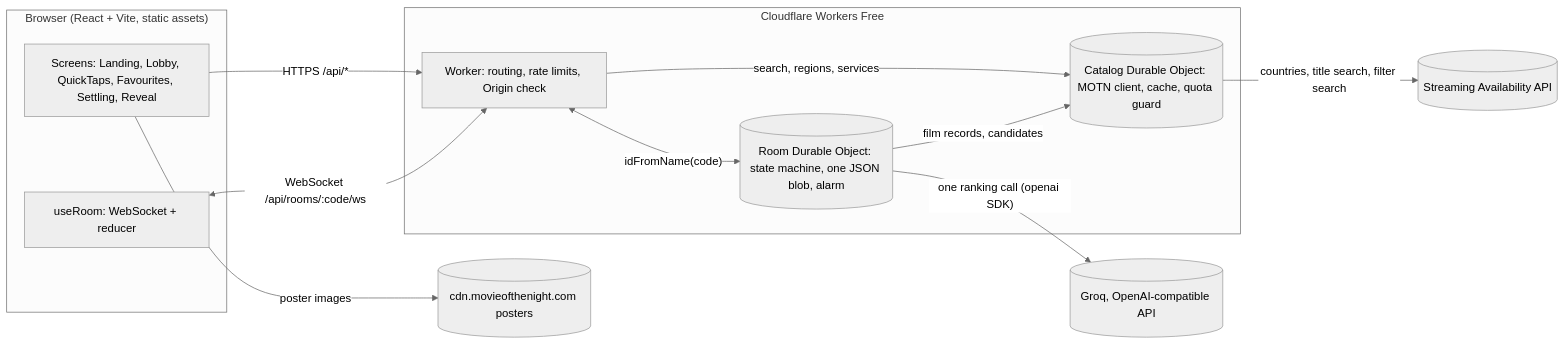
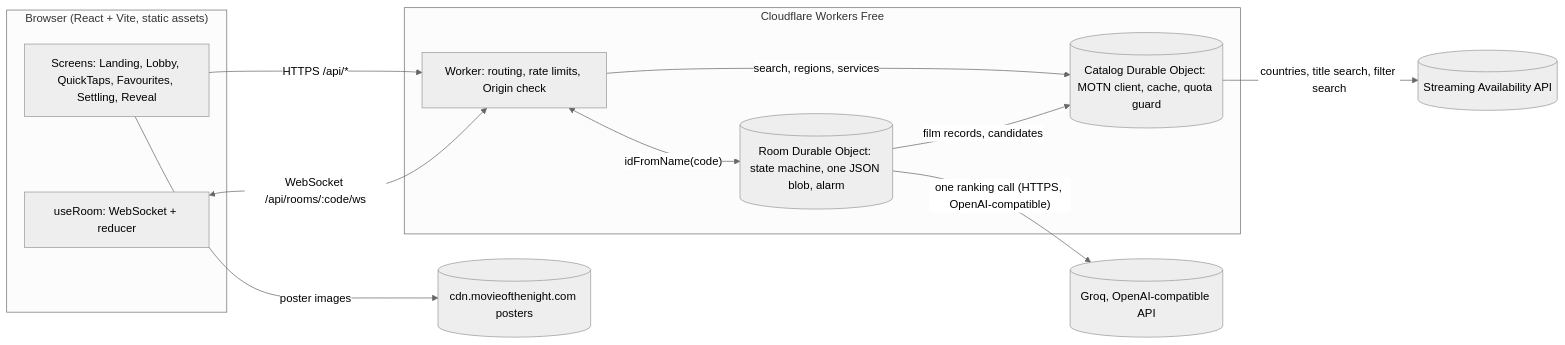
The diagram in docs/TRD.md (ArhamAzad2004/Truce), drawn with Mermaid (neutral theme) before and after one commit. The commit also changed other lines of this file and 9 other files, not shown here.

````diff
--- a/docs/TRD.md
+++ b/docs/TRD.md
@@ -9,23 +9,23 @@
 ```mermaid
 flowchart LR
   subgraph Phone["Browser (React + Vite, static assets)"]
     UI[Screens: Landing, Lobby, QuickTaps, Favourites, Settling, Reveal]
     HOOK[useRoom: WebSocket + reducer]
   end
   subgraph CF["Cloudflare Workers Free"]
     W[Worker: routing, rate limits, Origin check]
     DO[(Room Durable Object: state machine, one JSON blob, alarm)]
     CAT[(Catalog Durable Object: MOTN client, cache, quota guard)]
   end
   MOTN[(Streaming Availability API)]
   GROQ[(Groq, OpenAI-compatible API)]
   IMG[(cdn.movieofthenight.com posters)]
   UI -- "HTTPS /api/*" --> W
   HOOK <-- "WebSocket /api/rooms/:code/ws" --> W
   W <-- "idFromName(code)" --> DO
   W -- "search, regions, services" --> CAT
   DO -- "film records, candidates" --> CAT
   CAT -- "countries, title search, filter search" --> MOTN
-  DO -- "one ranking call (openai SDK)" --> GROQ
+  DO -- "one ranking call (HTTPS, OpenAI-compatible)" --> GROQ
   UI -- "poster images" --> IMG
 ```
````
